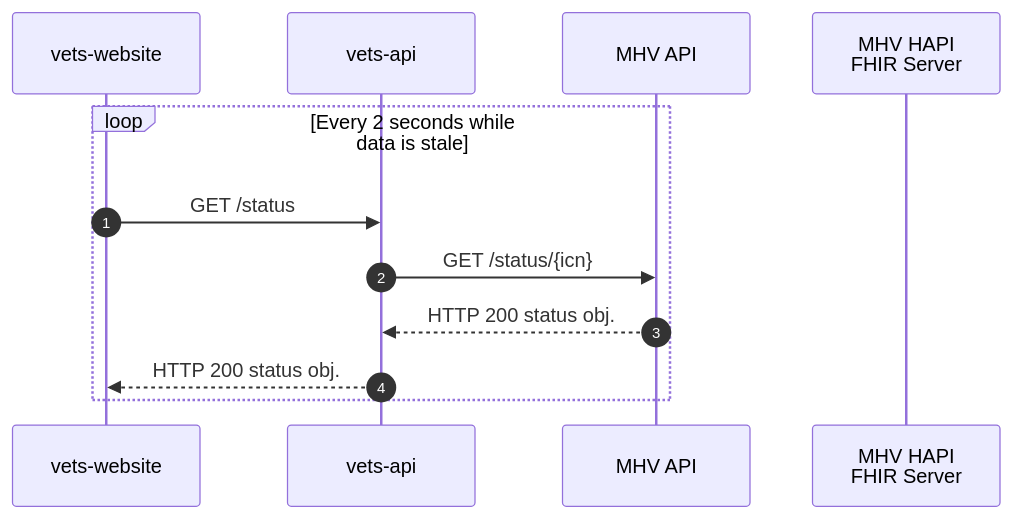
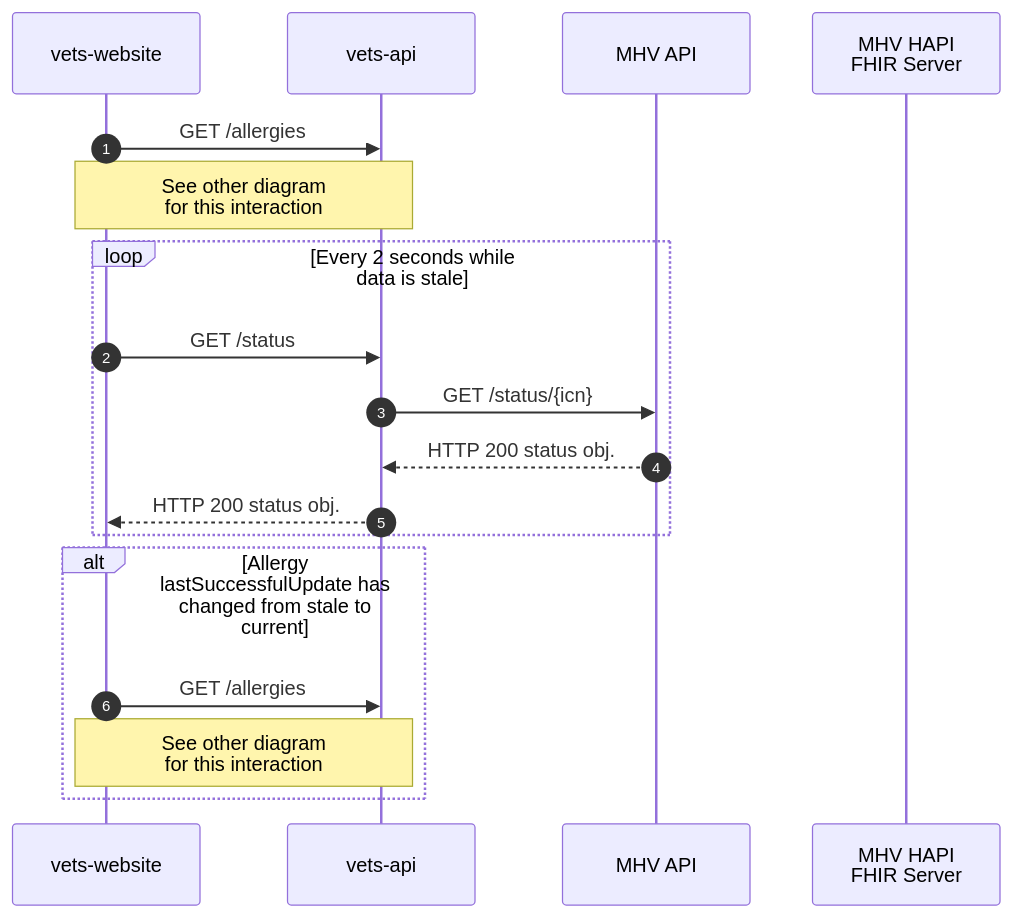
The second of 3 diagrams in products/health-care/digital-health-modernization/mhv-to-va.gov/medical-records/process/phr-refresh.md (department-of-veterans-affairs/va.gov-team), drawn with Mermaid before and after one commit. The commit also changed other lines of this file, not shown here.

````diff
--- a/products/health-care/digital-health-modernization/mhv-to-va.gov/medical-records/process/phr-refresh.md
+++ b/products/health-care/digital-health-modernization/mhv-to-va.gov/medical-records/process/phr-refresh.md
@@ -73,14 +73,20 @@
 ```mermaid
 sequenceDiagram
 	autonumber
 	participant VW as vets-website
 	participant VA as vets-api
 	participant MHVAPI as MHV API
 	participant FHIR as MHV HAPI<br />FHIR Server
+	VW->>VA: GET /allergies
+	Note over VW,VA: See other diagram<br />for this interaction
 	loop Every 2 seconds while data is stale
 		VW->>VA: GET /status
 		VA->>MHVAPI: GET /status/{icn}
 		MHVAPI-->>VA: HTTP 200 status obj.
 		VA-->>VW: HTTP 200 status obj.
 	end
+	alt Allergy lastSuccessfulUpdate has changed from stale to current
+		VW->>VA: GET /allergies
+		Note over VW,VA: See other diagram<br />for this interaction
+	end
 ```
````
